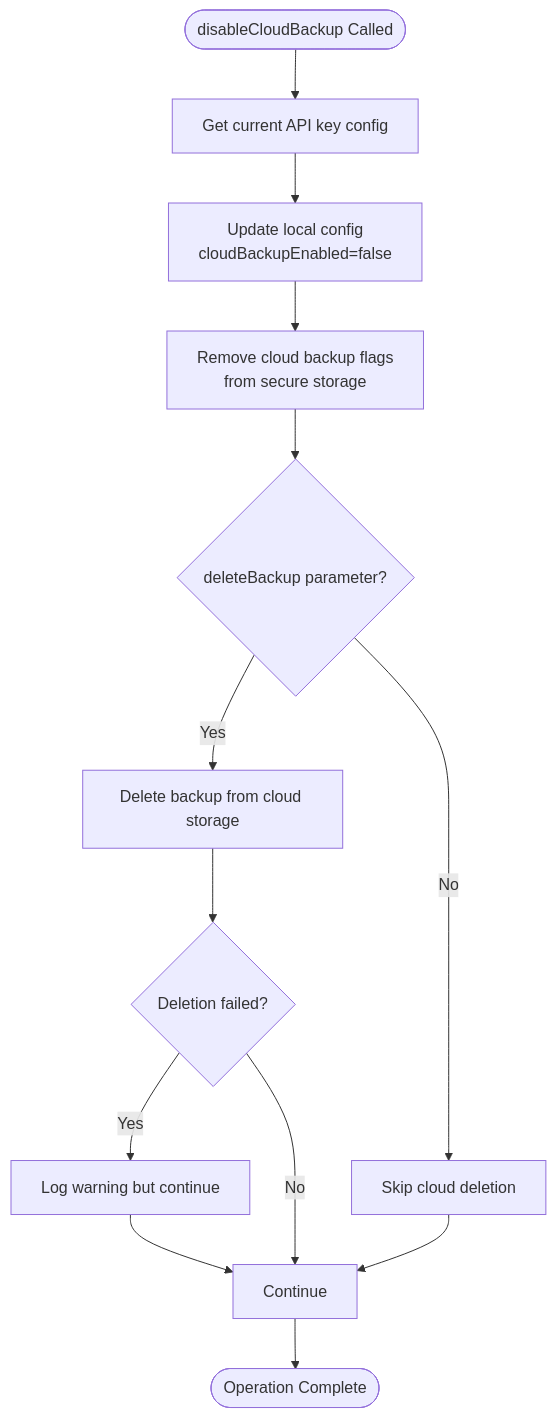
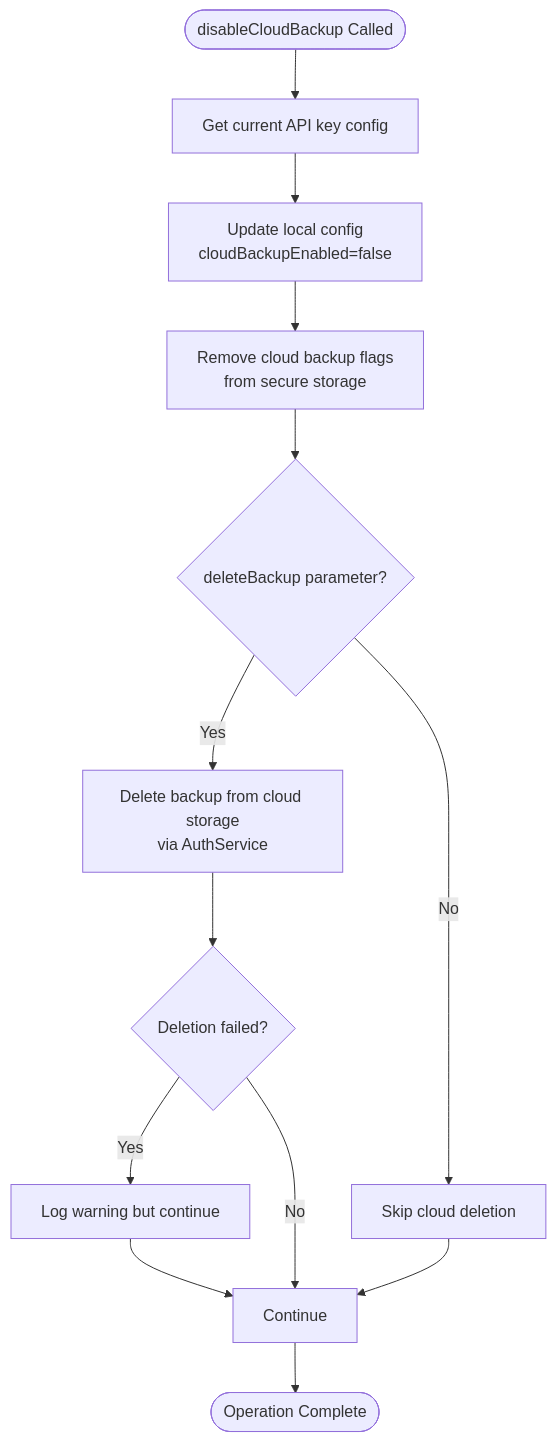
Before and after one commit to JAaron93/StyleSync: the third of 13 diagrams in .qoder/repowiki/en/content/Core Services/BYOK Manager/Cloud Backup Integration.md, drawn with Mermaid. The commit also changed other lines of this file and 36 other files, not shown here.

````diff
--- a/.qoder/repowiki/en/content/Core Services/BYOK Manager/Cloud Backup Integration.md
+++ b/.qoder/repowiki/en/content/Core Services/BYOK Manager/Cloud Backup Integration.md
@@ -120,15 +144,15 @@
 ```mermaid
 flowchart TD
 Start([disableCloudBackup Called]) --> GetConfig["Get current API key config"]
 GetConfig --> UpdateLocal["Update local config<br/>cloudBackupEnabled=false"]
 UpdateLocal --> RemoveFlags["Remove cloud backup flags<br/>from secure storage"]
 RemoveFlags --> CheckDelete{"deleteBackup parameter?"}
-CheckDelete --> |Yes| DeleteCloud["Delete backup from cloud storage"]
+CheckDelete --> |Yes| DeleteCloud["Delete backup from cloud storage<br/>via AuthService"]
 CheckDelete --> |No| SkipDelete["Skip cloud deletion"]
 DeleteCloud --> LogError{"Deletion failed?"}
 LogError --> |Yes| LogWarning["Log warning but continue"]
 LogError --> |No| Continue["Continue"]
 SkipDelete --> Continue
 LogWarning --> Continue
 Continue --> End([Operation Complete])
 ```
````
